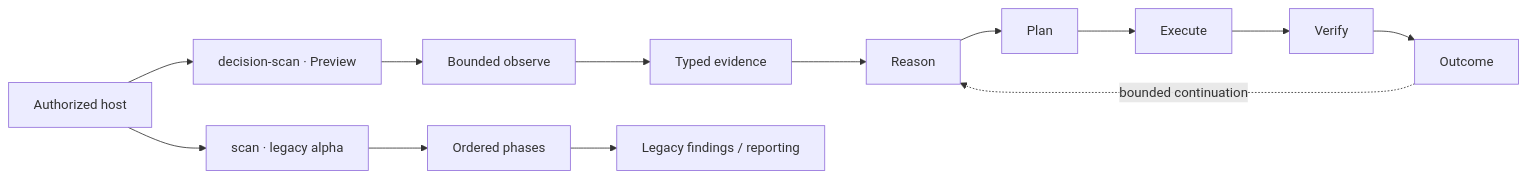
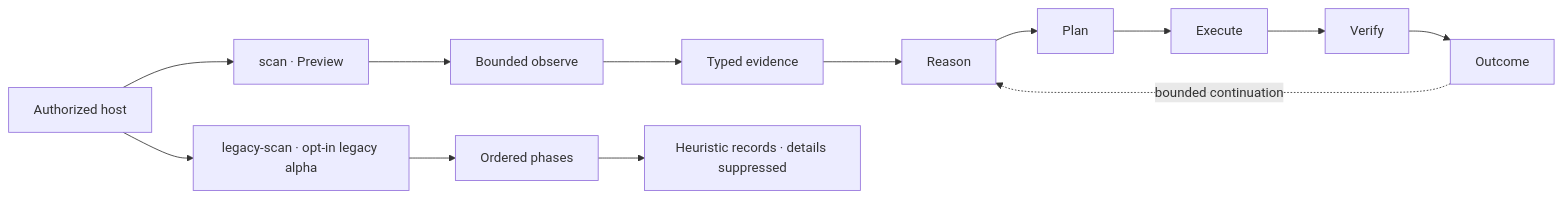
The diagram in README.md (ITherso/termivar), drawn with Mermaid before and after one commit. The commit also changed other lines of this file and 43 other files, not shown here.

````diff
--- a/README.md
+++ b/README.md
@@ -16,16 +16,16 @@
 ```mermaid
 flowchart LR
-    Host["Authorized host"] --> Preview["decision-scan · Preview"]
+    Host["Authorized host"] --> Preview["scan · Preview"]
     Preview --> Observe["Bounded observe"]
     Observe --> Evidence["Typed evidence"]
     Evidence --> Reason["Reason"]
     Reason --> Plan["Plan"]
     Plan --> Execute["Execute"]
     Execute --> Verify["Verify"]
     Verify --> Outcome["Outcome"]
     Outcome -. "bounded continuation" .-> Reason
 
-    Host --> Legacy["scan · legacy alpha"]
+    Host --> Legacy["legacy-scan · opt-in legacy alpha"]
     Legacy --> Phases["Ordered phases"]
-    Phases --> Findings["Legacy findings / reporting"]
+    Phases --> LegacyRecords["Heuristic records · details suppressed"]
 ```
````
